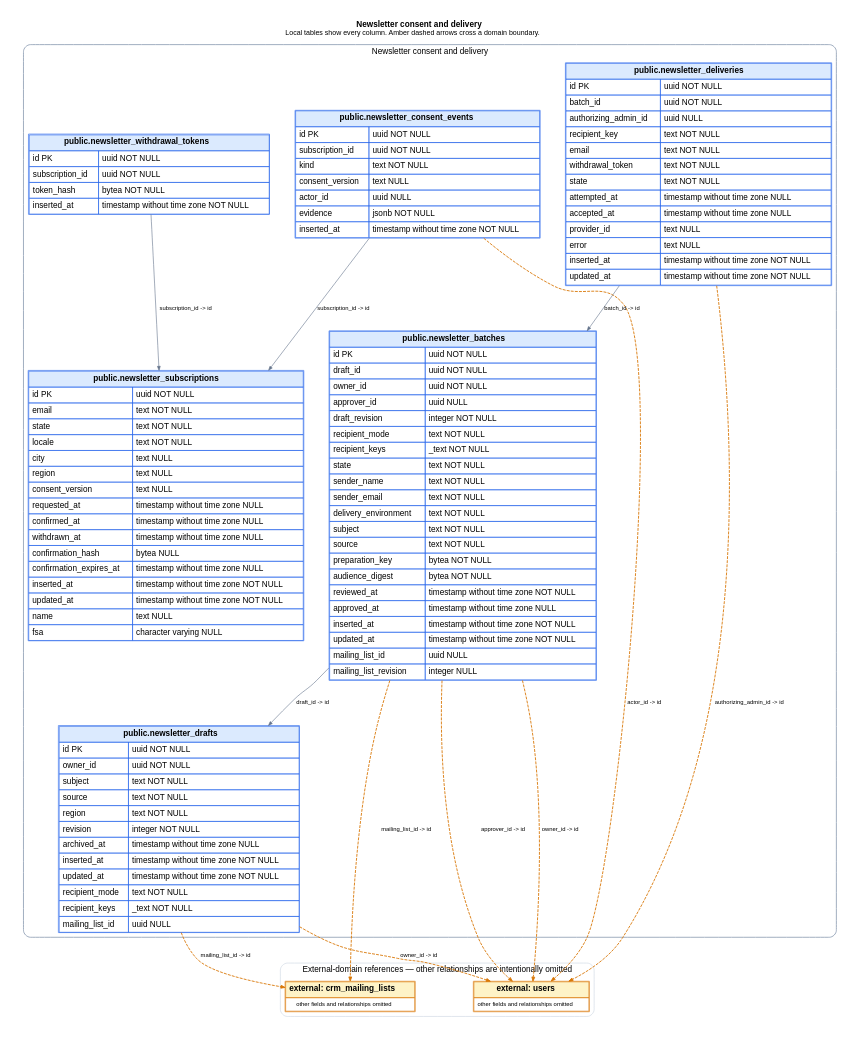
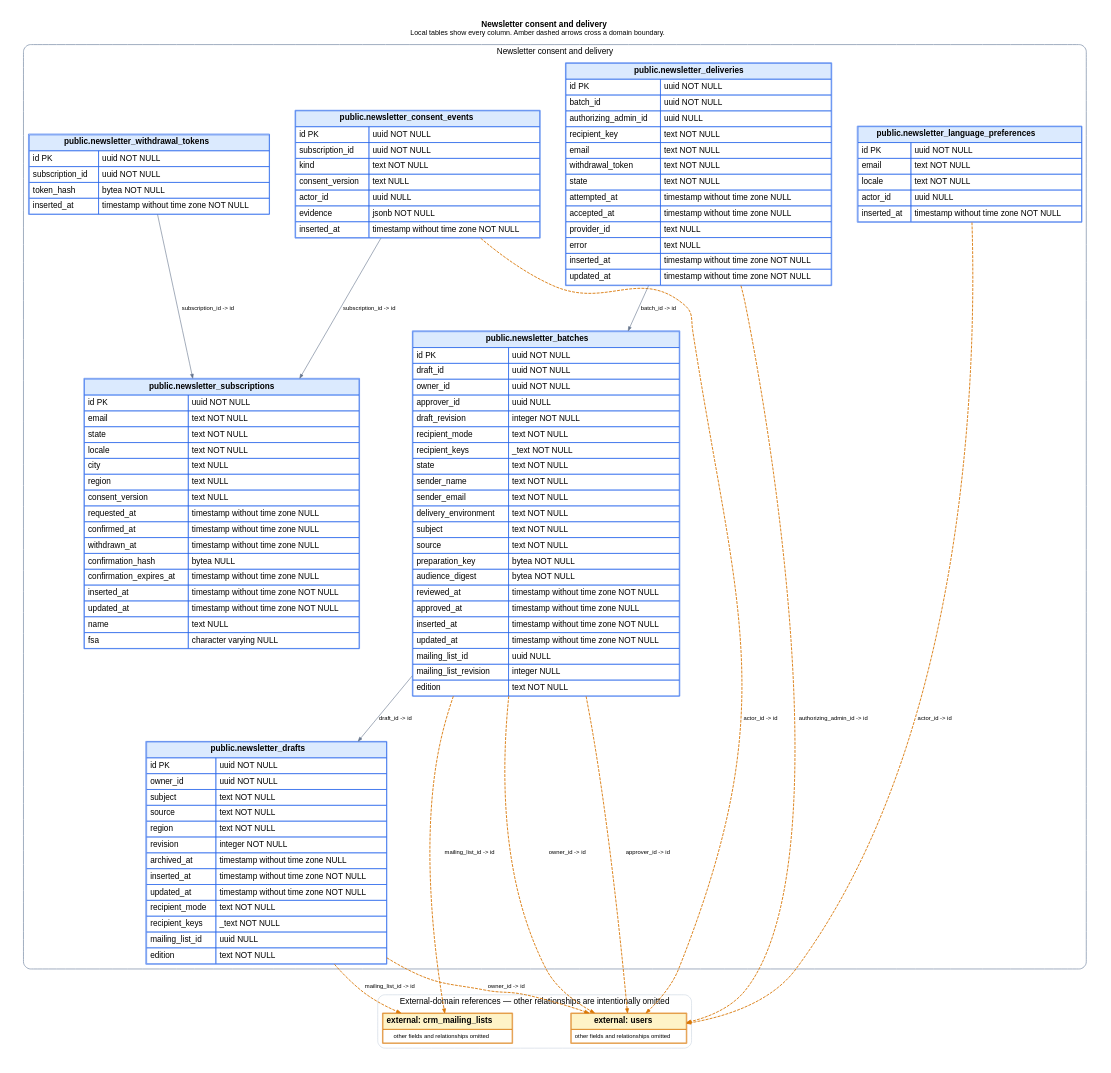
Before and after one commit to ogourment/pauseai.ca-website: the diagram in docs/schema/domains/newsletter.dot, drawn with Graphviz. The commit also changed 24 other files, not shown here.

```diff
--- a/docs/schema/domains/newsletter.dot
+++ b/docs/schema/domains/newsletter.dot
@@ -1,89 +1,97 @@
 digraph newsletter {
   graph [rankdir=TB, bgcolor="white", pad=0.35, nodesep=0.6, ranksep=0.9, fontname="Helvetica"];
   node [shape=plain, fontname="Helvetica"];
   edge [fontname="Helvetica", fontsize=10, arrowsize=0.7];
   labelloc="t";
   label=< <B>Newsletter consent and delivery</B><BR/><FONT POINT-SIZE="12">Local tables show every column. Amber dashed arrows cross a domain boundary.</FONT> >;
 
   subgraph cluster_local {
     label="Newsletter consent and delivery";
     color="#94a3b8";
     penwidth=1.5;
     style="rounded";
+  "newsletter_language_preferences" [label=<
+    <TABLE BORDER="1" CELLBORDER="1" CELLSPACING="0" CELLPADDING="5" COLOR="#2563eb">
+      <TR><TD BGCOLOR="#dbeafe" COLSPAN="2"><B>public.newsletter_language_preferences</B></TD></TR>
+      <TR><TD ALIGN="LEFT">id PK</TD><TD ALIGN="LEFT">uuid NOT NULL</TD></TR><TR><TD ALIGN="LEFT">email</TD><TD ALIGN="LEFT">text NOT NULL</TD></TR><TR><TD ALIGN="LEFT">locale</TD><TD ALIGN="LEFT">text NOT NULL</TD></TR><TR><TD ALIGN="LEFT">actor_id</TD><TD ALIGN="LEFT">uuid NULL</TD></TR><TR><TD ALIGN="LEFT">inserted_at</TD><TD ALIGN="LEFT">timestamp without time zone NOT NULL</TD></TR>
+    </TABLE>
+  >];
+
   "newsletter_subscriptions" [label=<
     <TABLE BORDER="1" CELLBORDER="1" CELLSPACING="0" CELLPADDING="5" COLOR="#2563eb">
       <TR><TD BGCOLOR="#dbeafe" COLSPAN="2"><B>public.newsletter_subscriptions</B></TD></TR>
       <TR><TD ALIGN="LEFT">id PK</TD><TD ALIGN="LEFT">uuid NOT NULL</TD></TR><TR><TD ALIGN="LEFT">email</TD><TD ALIGN="LEFT">text NOT NULL</TD></TR><TR><TD ALIGN="LEFT">state</TD><TD ALIGN="LEFT">text NOT NULL</TD></TR><TR><TD ALIGN="LEFT">locale</TD><TD ALIGN="LEFT">text NOT NULL</TD></TR><TR><TD ALIGN="LEFT">city</TD><TD ALIGN="LEFT">text NULL</TD></TR><TR><TD ALIGN="LEFT">region</TD><TD ALIGN="LEFT">text NULL</TD></TR><TR><TD ALIGN="LEFT">consent_version</TD><TD ALIGN="LEFT">text NULL</TD></TR><TR><TD ALIGN="LEFT">requested_at</TD><TD ALIGN="LEFT">timestamp without time zone NULL</TD></TR><TR><TD ALIGN="LEFT">confirmed_at</TD><TD ALIGN="LEFT">timestamp without time zone NULL</TD></TR><TR><TD ALIGN="LEFT">withdrawn_at</TD><TD ALIGN="LEFT">timestamp without time zone NULL</TD></TR><TR><TD ALIGN="LEFT">confirmation_hash</TD><TD ALIGN="LEFT">bytea NULL</TD></TR><TR><TD ALIGN="LEFT">confirmation_expires_at</TD><TD ALIGN="LEFT">timestamp without time zone NULL</TD></TR><TR><TD ALIGN="LEFT">inserted_at</TD><TD ALIGN="LEFT">timestamp without time zone NOT NULL</TD></TR><TR><TD ALIGN="LEFT">updated_at</TD><TD ALIGN="LEFT">timestamp without time zone NOT NULL</TD></TR><TR><TD ALIGN="LEFT">name</TD><TD ALIGN="LEFT">text NULL</TD></TR><TR><TD ALIGN="LEFT">fsa</TD><TD ALIGN="LEFT">character varying NULL</TD></TR>
     </TABLE>
   >];
 
   "newsletter_consent_events" [label=<
     <TABLE BORDER="1" CELLBORDER="1" CELLSPACING="0" CELLPADDING="5" COLOR="#2563eb">
       <TR><TD BGCOLOR="#dbeafe" COLSPAN="2"><B>public.newsletter_consent_events</B></TD></TR>
       <TR><TD ALIGN="LEFT">id PK</TD><TD ALIGN="LEFT">uuid NOT NULL</TD></TR><TR><TD ALIGN="LEFT">subscription_id</TD><TD ALIGN="LEFT">uuid NOT NULL</TD></TR><TR><TD ALIGN="LEFT">kind</TD><TD ALIGN="LEFT">text NOT NULL</TD></TR><TR><TD ALIGN="LEFT">consent_version</TD><TD ALIGN="LEFT">text NULL</TD></TR><TR><TD ALIGN="LEFT">actor_id</TD><TD ALIGN="LEFT">uuid NULL</TD></TR><TR><TD ALIGN="LEFT">evidence</TD><TD ALIGN="LEFT">jsonb NOT NULL</TD></TR><TR><TD ALIGN="LEFT">inserted_at</TD><TD ALIGN="LEFT">timestamp without time zone NOT NULL</TD></TR>
     </TABLE>
   >];
 
   "newsletter_withdrawal_tokens" [label=<
     <TABLE BORDER="1" CELLBORDER="1" CELLSPACING="0" CELLPADDING="5" COLOR="#2563eb">
       <TR><TD BGCOLOR="#dbeafe" COLSPAN="2"><B>public.newsletter_withdrawal_tokens</B></TD></TR>
       <TR><TD ALIGN="LEFT">id PK</TD><TD ALIGN="LEFT">uuid NOT NULL</TD></TR><TR><TD ALIGN="LEFT">subscription_id</TD><TD ALIGN="LEFT">uuid NOT NULL</TD></TR><TR><TD ALIGN="LEFT">token_hash</TD><TD ALIGN="LEFT">bytea NOT NULL</TD></TR><TR><TD ALIGN="LEFT">inserted_at</TD><TD ALIGN="LEFT">timestamp without time zone NOT NULL</TD></TR>
     </TABLE>
   >];
 
   "newsletter_drafts" [label=<
     <TABLE BORDER="1" CELLBORDER="1" CELLSPACING="0" CELLPADDING="5" COLOR="#2563eb">
       <TR><TD BGCOLOR="#dbeafe" COLSPAN="2"><B>public.newsletter_drafts</B></TD></TR>
-      <TR><TD ALIGN="LEFT">id PK</TD><TD ALIGN="LEFT">uuid NOT NULL</TD></TR><TR><TD ALIGN="LEFT">owner_id</TD><TD ALIGN="LEFT">uuid NOT NULL</TD></TR><TR><TD ALIGN="LEFT">subject</TD><TD ALIGN="LEFT">text NOT NULL</TD></TR><TR><TD ALIGN="LEFT">source</TD><TD ALIGN="LEFT">text NOT NULL</TD></TR><TR><TD ALIGN="LEFT">region</TD><TD ALIGN="LEFT">text NOT NULL</TD></TR><TR><TD ALIGN="LEFT">revision</TD><TD ALIGN="LEFT">integer NOT NULL</TD></TR><TR><TD ALIGN="LEFT">archived_at</TD><TD ALIGN="LEFT">timestamp without time zone NULL</TD></TR><TR><TD ALIGN="LEFT">inserted_at</TD><TD ALIGN="LEFT">timestamp without time zone NOT NULL</TD></TR><TR><TD ALIGN="LEFT">updated_at</TD><TD ALIGN="LEFT">timestamp without time zone NOT NULL</TD></TR><TR><TD ALIGN="LEFT">recipient_mode</TD><TD ALIGN="LEFT">text NOT NULL</TD></TR><TR><TD ALIGN="LEFT">recipient_keys</TD><TD ALIGN="LEFT">_text NOT NULL</TD></TR><TR><TD ALIGN="LEFT">mailing_list_id</TD><TD ALIGN="LEFT">uuid NULL</TD></TR>
+      <TR><TD ALIGN="LEFT">id PK</TD><TD ALIGN="LEFT">uuid NOT NULL</TD></TR><TR><TD ALIGN="LEFT">owner_id</TD><TD ALIGN="LEFT">uuid NOT NULL</TD></TR><TR><TD ALIGN="LEFT">subject</TD><TD ALIGN="LEFT">text NOT NULL</TD></TR><TR><TD ALIGN="LEFT">source</TD><TD ALIGN="LEFT">text NOT NULL</TD></TR><TR><TD ALIGN="LEFT">region</TD><TD ALIGN="LEFT">text NOT NULL</TD></TR><TR><TD ALIGN="LEFT">revision</TD><TD ALIGN="LEFT">integer NOT NULL</TD></TR><TR><TD ALIGN="LEFT">archived_at</TD><TD ALIGN="LEFT">timestamp without time zone NULL</TD></TR><TR><TD ALIGN="LEFT">inserted_at</TD><TD ALIGN="LEFT">timestamp without time zone NOT NULL</TD></TR><TR><TD ALIGN="LEFT">updated_at</TD><TD ALIGN="LEFT">timestamp without time zone NOT NULL</TD></TR><TR><TD ALIGN="LEFT">recipient_mode</TD><TD ALIGN="LEFT">text NOT NULL</TD></TR><TR><TD ALIGN="LEFT">recipient_keys</TD><TD ALIGN="LEFT">_text NOT NULL</TD></TR><TR><TD ALIGN="LEFT">mailing_list_id</TD><TD ALIGN="LEFT">uuid NULL</TD></TR><TR><TD ALIGN="LEFT">edition</TD><TD ALIGN="LEFT">text NOT NULL</TD></TR>
     </TABLE>
   >];
 
   "newsletter_batches" [label=<
     <TABLE BORDER="1" CELLBORDER="1" CELLSPACING="0" CELLPADDING="5" COLOR="#2563eb">
       <TR><TD BGCOLOR="#dbeafe" COLSPAN="2"><B>public.newsletter_batches</B></TD></TR>
-      <TR><TD ALIGN="LEFT">id PK</TD><TD ALIGN="LEFT">uuid NOT NULL</TD></TR><TR><TD ALIGN="LEFT">draft_id</TD><TD ALIGN="LEFT">uuid NOT NULL</TD></TR><TR><TD ALIGN="LEFT">owner_id</TD><TD ALIGN="LEFT">uuid NOT NULL</TD></TR><TR><TD ALIGN="LEFT">approver_id</TD><TD ALIGN="LEFT">uuid NULL</TD></TR><TR><TD ALIGN="LEFT">draft_revision</TD><TD ALIGN="LEFT">integer NOT NULL</TD></TR><TR><TD ALIGN="LEFT">recipient_mode</TD><TD ALIGN="LEFT">text NOT NULL</TD></TR><TR><TD ALIGN="LEFT">recipient_keys</TD><TD ALIGN="LEFT">_text NOT NULL</TD></TR><TR><TD ALIGN="LEFT">state</TD><TD ALIGN="LEFT">text NOT NULL</TD></TR><TR><TD ALIGN="LEFT">sender_name</TD><TD ALIGN="LEFT">text NOT NULL</TD></TR><TR><TD ALIGN="LEFT">sender_email</TD><TD ALIGN="LEFT">text NOT NULL</TD></TR><TR><TD ALIGN="LEFT">delivery_environment</TD><TD ALIGN="LEFT">text NOT NULL</TD></TR><TR><TD ALIGN="LEFT">subject</TD><TD ALIGN="LEFT">text NOT NULL</TD></TR><TR><TD ALIGN="LEFT">source</TD><TD ALIGN="LEFT">text NOT NULL</TD></TR><TR><TD ALIGN="LEFT">preparation_key</TD><TD ALIGN="LEFT">bytea NOT NULL</TD></TR><TR><TD ALIGN="LEFT">audience_digest</TD><TD ALIGN="LEFT">bytea NOT NULL</TD></TR><TR><TD ALIGN="LEFT">reviewed_at</TD><TD ALIGN="LEFT">timestamp without time zone NOT NULL</TD></TR><TR><TD ALIGN="LEFT">approved_at</TD><TD ALIGN="LEFT">timestamp without time zone NULL</TD></TR><TR><TD ALIGN="LEFT">inserted_at</TD><TD ALIGN="LEFT">timestamp without time zone NOT NULL</TD></TR><TR><TD ALIGN="LEFT">updated_at</TD><TD ALIGN="LEFT">timestamp without time zone NOT NULL</TD></TR><TR><TD ALIGN="LEFT">mailing_list_id</TD><TD ALIGN="LEFT">uuid NULL</TD></TR><TR><TD ALIGN="LEFT">mailing_list_revision</TD><TD ALIGN="LEFT">integer NULL</TD></TR>
+      <TR><TD ALIGN="LEFT">id PK</TD><TD ALIGN="LEFT">uuid NOT NULL</TD></TR><TR><TD ALIGN="LEFT">draft_id</TD><TD ALIGN="LEFT">uuid NOT NULL</TD></TR><TR><TD ALIGN="LEFT">owner_id</TD><TD ALIGN="LEFT">uuid NOT NULL</TD></TR><TR><TD ALIGN="LEFT">approver_id</TD><TD ALIGN="LEFT">uuid NULL</TD></TR><TR><TD ALIGN="LEFT">draft_revision</TD><TD ALIGN="LEFT">integer NOT NULL</TD></TR><TR><TD ALIGN="LEFT">recipient_mode</TD><TD ALIGN="LEFT">text NOT NULL</TD></TR><TR><TD ALIGN="LEFT">recipient_keys</TD><TD ALIGN="LEFT">_text NOT NULL</TD></TR><TR><TD ALIGN="LEFT">state</TD><TD ALIGN="LEFT">text NOT NULL</TD></TR><TR><TD ALIGN="LEFT">sender_name</TD><TD ALIGN="LEFT">text NOT NULL</TD></TR><TR><TD ALIGN="LEFT">sender_email</TD><TD ALIGN="LEFT">text NOT NULL</TD></TR><TR><TD ALIGN="LEFT">delivery_environment</TD><TD ALIGN="LEFT">text NOT NULL</TD></TR><TR><TD ALIGN="LEFT">subject</TD><TD ALIGN="LEFT">text NOT NULL</TD></TR><TR><TD ALIGN="LEFT">source</TD><TD ALIGN="LEFT">text NOT NULL</TD></TR><TR><TD ALIGN="LEFT">preparation_key</TD><TD ALIGN="LEFT">bytea NOT NULL</TD></TR><TR><TD ALIGN="LEFT">audience_digest</TD><TD ALIGN="LEFT">bytea NOT NULL</TD></TR><TR><TD ALIGN="LEFT">reviewed_at</TD><TD ALIGN="LEFT">timestamp without time zone NOT NULL</TD></TR><TR><TD ALIGN="LEFT">approved_at</TD><TD ALIGN="LEFT">timestamp without time zone NULL</TD></TR><TR><TD ALIGN="LEFT">inserted_at</TD><TD ALIGN="LEFT">timestamp without time zone NOT NULL</TD></TR><TR><TD ALIGN="LEFT">updated_at</TD><TD ALIGN="LEFT">timestamp without time zone NOT NULL</TD></TR><TR><TD ALIGN="LEFT">mailing_list_id</TD><TD ALIGN="LEFT">uuid NULL</TD></TR><TR><TD ALIGN="LEFT">mailing_list_revision</TD><TD ALIGN="LEFT">integer NULL</TD></TR><TR><TD ALIGN="LEFT">edition</TD><TD ALIGN="LEFT">text NOT NULL</TD></TR>
     </TABLE>
   >];
 
   "newsletter_deliveries" [label=<
     <TABLE BORDER="1" CELLBORDER="1" CELLSPACING="0" CELLPADDING="5" COLOR="#2563eb">
       <TR><TD BGCOLOR="#dbeafe" COLSPAN="2"><B>public.newsletter_deliveries</B></TD></TR>
       <TR><TD ALIGN="LEFT">id PK</TD><TD ALIGN="LEFT">uuid NOT NULL</TD></TR><TR><TD ALIGN="LEFT">batch_id</TD><TD ALIGN="LEFT">uuid NOT NULL</TD></TR><TR><TD ALIGN="LEFT">authorizing_admin_id</TD><TD ALIGN="LEFT">uuid NULL</TD></TR><TR><TD ALIGN="LEFT">recipient_key</TD><TD ALIGN="LEFT">text NOT NULL</TD></TR><TR><TD ALIGN="LEFT">email</TD><TD ALIGN="LEFT">text NOT NULL</TD></TR><TR><TD ALIGN="LEFT">withdrawal_token</TD><TD ALIGN="LEFT">text NOT NULL</TD></TR><TR><TD ALIGN="LEFT">state</TD><TD ALIGN="LEFT">text NOT NULL</TD></TR><TR><TD ALIGN="LEFT">attempted_at</TD><TD ALIGN="LEFT">timestamp without time zone NULL</TD></TR><TR><TD ALIGN="LEFT">accepted_at</TD><TD ALIGN="LEFT">timestamp without time zone NULL</TD></TR><TR><TD ALIGN="LEFT">provider_id</TD><TD ALIGN="LEFT">text NULL</TD></TR><TR><TD ALIGN="LEFT">error</TD><TD ALIGN="LEFT">text NULL</TD></TR><TR><TD ALIGN="LEFT">inserted_at</TD><TD ALIGN="LEFT">timestamp without time zone NOT NULL</TD></TR><TR><TD ALIGN="LEFT">updated_at</TD><TD ALIGN="LEFT">timestamp without time zone NOT NULL</TD></TR>
     </TABLE>
   >];
 
   }
 
   subgraph cluster_external {
     label="External-domain references — other relationships are intentionally omitted";
     color="#cbd5e1";
     penwidth=1;
     style="rounded";
   "crm_mailing_lists" [label=<
     <TABLE BORDER="1" CELLBORDER="1" CELLSPACING="0" CELLPADDING="5" COLOR="#d97706">
       <TR><TD BGCOLOR="#fef3c7"><B>external: crm_mailing_lists</B></TD></TR>
       <TR><TD><FONT POINT-SIZE="10">other fields and relationships omitted</FONT></TD></TR>
     </TABLE>
   >];
 
   "users" [label=<
     <TABLE BORDER="1" CELLBORDER="1" CELLSPACING="0" CELLPADDING="5" COLOR="#d97706">
       <TR><TD BGCOLOR="#fef3c7"><B>external: users</B></TD></TR>
       <TR><TD><FONT POINT-SIZE="10">other fields and relationships omitted</FONT></TD></TR>
     </TABLE>
   >];
 
   }
 
   "newsletter_batches" -> "users" [label="approver_id -> id", color="#d97706", style="dashed", penwidth=1.5];
   "newsletter_batches" -> "newsletter_drafts" [label="draft_id -> id", color="#64748b"];
   "newsletter_batches" -> "crm_mailing_lists" [label="mailing_list_id -> id", color="#d97706", style="dashed", penwidth=1.5];
   "newsletter_batches" -> "users" [label="owner_id -> id", color="#d97706", style="dashed", penwidth=1.5];
   "newsletter_consent_events" -> "users" [label="actor_id -> id", color="#d97706", style="dashed", penwidth=1.5];
   "newsletter_consent_events" -> "newsletter_subscriptions" [label="subscription_id -> id", color="#64748b"];
   "newsletter_deliveries" -> "users" [label="authorizing_admin_id -> id", color="#d97706", style="dashed", penwidth=1.5];
   "newsletter_deliveries" -> "newsletter_batches" [label="batch_id -> id", color="#64748b"];
   "newsletter_drafts" -> "crm_mailing_lists" [label="mailing_list_id -> id", color="#d97706", style="dashed", penwidth=1.5];
   "newsletter_drafts" -> "users" [label="owner_id -> id", color="#d97706", style="dashed", penwidth=1.5];
+  "newsletter_language_preferences" -> "users" [label="actor_id -> id", color="#d97706", style="dashed", penwidth=1.5];
   "newsletter_withdrawal_tokens" -> "newsletter_subscriptions" [label="subscription_id -> id", color="#64748b"];
 }
```
